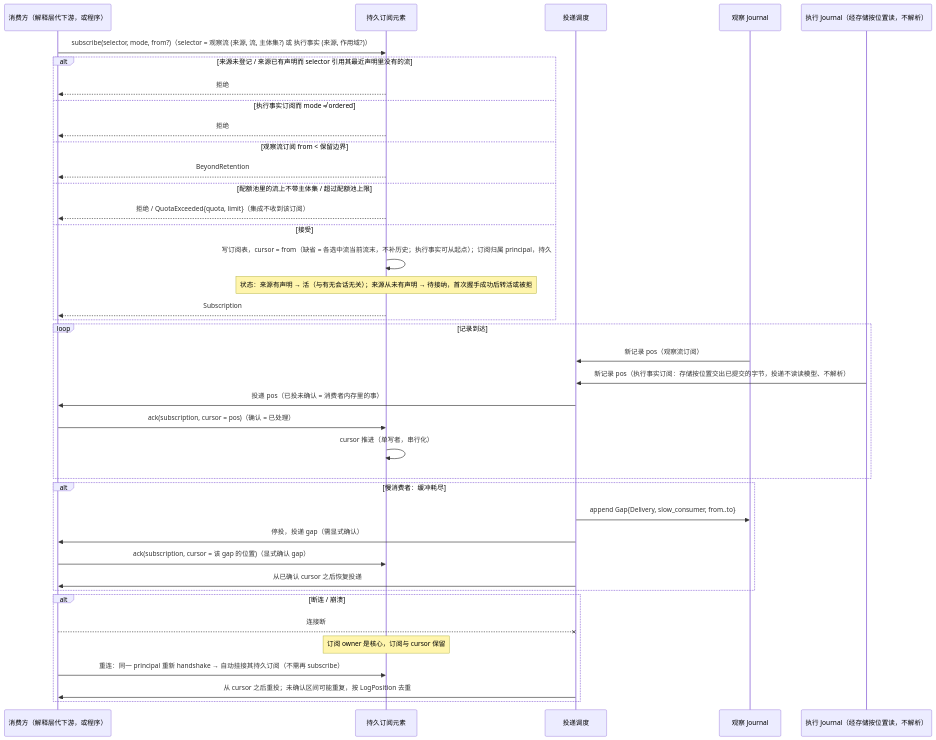
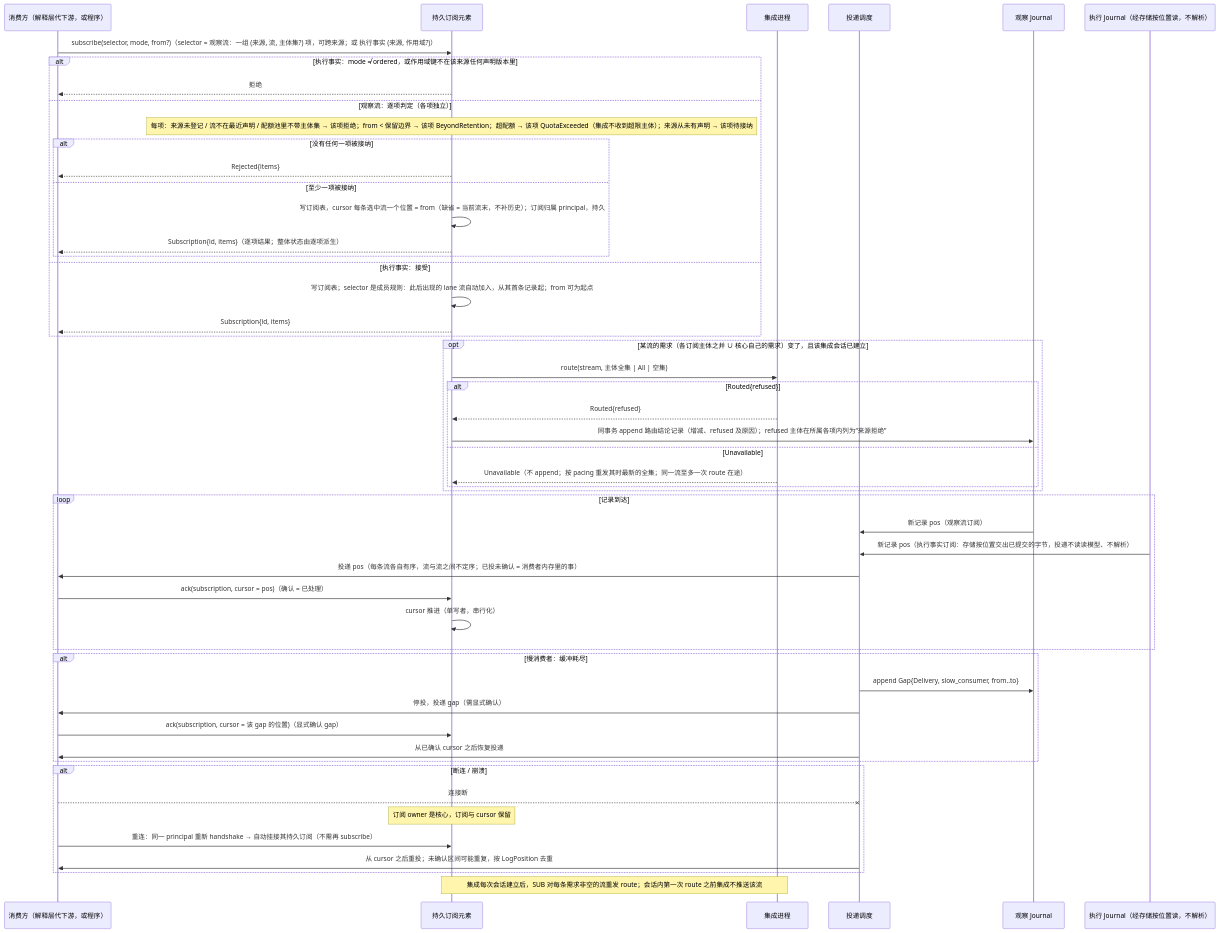
The fifth of 6 diagrams in design/diagrams/03-observation-ingest.md (mouriya-s-lab/uta), drawn with Mermaid before and after one commit. The commit also changed other lines of this file and 11 other files, not shown here.

Commit message:
design: read/subscription gaps — order identity and latest-observation rule, public execution identity for program/downstream counting, route subscription-demand op, Pending read result, membership-based execution-fact subscriptions, multi-stream subscriptions, Closed vs Reached realtime boundary

````diff
--- a/design/diagrams/03-observation-ingest.md
+++ b/design/diagrams/03-observation-ingest.md
@@ -120,41 +123,53 @@
 ```mermaid
 sequenceDiagram
   participant C as 消费方（解释层代下游，或程序）
   participant SUB as 持久订阅元素
+  participant I as 集成进程
   participant DL as 投递调度
   participant J as 观察 Journal
   participant EJ as 执行 Journal（经存储按位置读，不解析）
-  C->>SUB: subscribe(selector, mode, from?)（selector = 观察流 (来源, 流, 主体集?) 或 执行事实 (来源, 作用域?)）
-  alt 来源未登记 / 来源已有声明而 selector 引用其最近声明里没有的流
+  C->>SUB: subscribe(selector, mode, from?)（selector = 观察流：一组 (来源, 流, 主体集?) 项，可跨来源；或 执行事实 (来源, 作用域?)）
+  alt 执行事实：mode ≠ ordered，或作用域键不在该来源任何声明版本里
     SUB-->>C: 拒绝
-  else 执行事实订阅而 mode ≠ ordered
-    SUB-->>C: 拒绝
-  else 观察流订阅 from < 保留边界
-    SUB-->>C: BeyondRetention
-  else 配额池里的流上不带主体集 / 超过配额池上限
-    SUB-->>C: 拒绝 / QuotaExceeded{quota, limit}（集成不收到该订阅）
-  else 接受
-    SUB->>SUB: 写订阅表，cursor = from（缺省 = 各选中流当前流末，不补历史；执行事实可从起点）；订阅归属 principal，持久
-    Note over SUB: 状态：来源有声明 → 活（与有无会话无关）；来源从未有声明 → 待接纳，首次握手成功后转活或被拒
-    SUB-->>C: Subscription
+  else 观察流：逐项判定（各项独立）
+    Note over SUB: 每项：来源未登记 / 流不在最近声明 / 配额池里不带主体集 → 该项拒绝；from < 保留边界 → 该项 BeyondRetention；超配额 → 该项 QuotaExceeded（集成不收到超限主体）；来源从未有声明 → 该项待接纳
+    alt 没有任何一项被接纳
+      SUB-->>C: Rejected{items}
+    else 至少一项被接纳
+      SUB->>SUB: 写订阅表，cursor 每条选中流一个位置 = from（缺省 = 当前流末，不补历史）；订阅归属 principal，持久
+      SUB-->>C: Subscription{id, items}（逐项结果；整体状态由逐项派生）
+    end
+  else 执行事实：接受
+    SUB->>SUB: 写订阅表；selector 是成员规则：此后出现的 lane 流自动加入，从其首条记录起；from 可为起点
+    SUB-->>C: Subscription{id, items}
+  end
+  opt 某流的需求（各订阅主体之并 ∪ 核心自己的需求）变了，且该集成会话已建立
+    SUB->>I: route(stream, 主体全集 | All | 空集)
+    alt Routed{refused}
+      I-->>SUB: Routed{refused}
+      SUB->>J: 同事务 append 路由结论记录（增减、refused 及原因）；refused 主体在所属各项内列为“来源拒绝”
+    else Unavailable
+      I-->>SUB: Unavailable（不 append；按 pacing 重发其时最新的全集；同一流至多一次 route 在途）
+    end
   end
   loop 记录到达
     J->>DL: 新记录 pos（观察流订阅）
     EJ->>DL: 新记录 pos（执行事实订阅：存储按位置交出已提交的字节，投递不读读模型、不解析）
-    DL->>C: 投递 pos（已投未确认 = 消费者内存里的事）
+    DL->>C: 投递 pos（每条流各自有序，流与流之间不定序；已投未确认 = 消费者内存里的事）
     C->>SUB: ack(subscription, cursor = pos)（确认 = 已处理）
     SUB->>SUB: cursor 推进（单写者，串行化）
   end
   alt 慢消费者：缓冲耗尽
     DL->>J: append Gap{Delivery, slow_consumer, from..to}
     DL->>C: 停投，投递 gap（需显式确认）
     C->>SUB: ack(subscription, cursor = 该 gap 的位置)（显式确认 gap）
     DL->>C: 从已确认 cursor 之后恢复投递
   end
   alt 断连 / 崩溃
     C--xDL: 连接断
     Note over SUB: 订阅 owner 是核心，订阅与 cursor 保留
     C->>SUB: 重连：同一 principal 重新 handshake → 自动挂接其持久订阅（不需再 subscribe）
     DL->>C: 从 cursor 之后重投；未确认区间可能重复，按 LogPosition 去重
   end
+  Note over SUB,I: 集成每次会话建立后，SUB 对每条需求非空的流重发 route；会话内第一次 route 之前集成不推送该流
 ```
````
